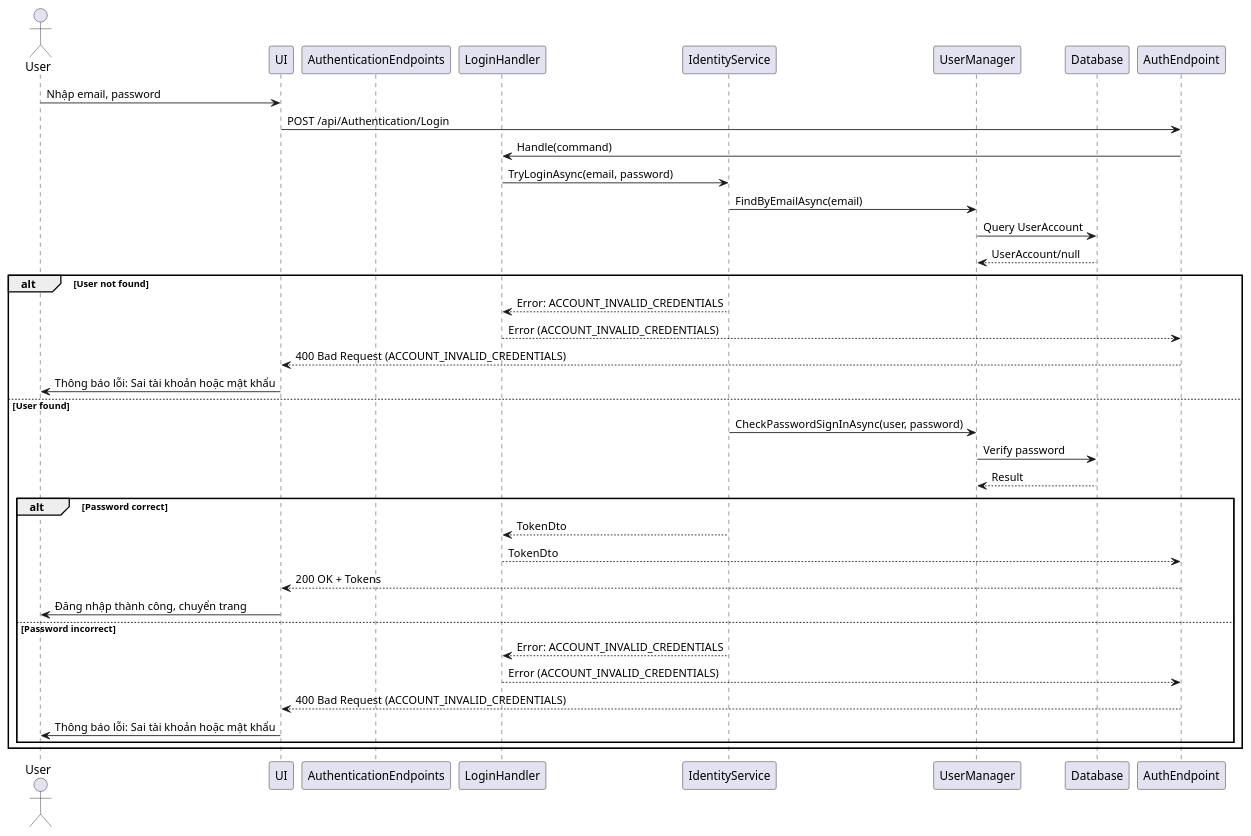
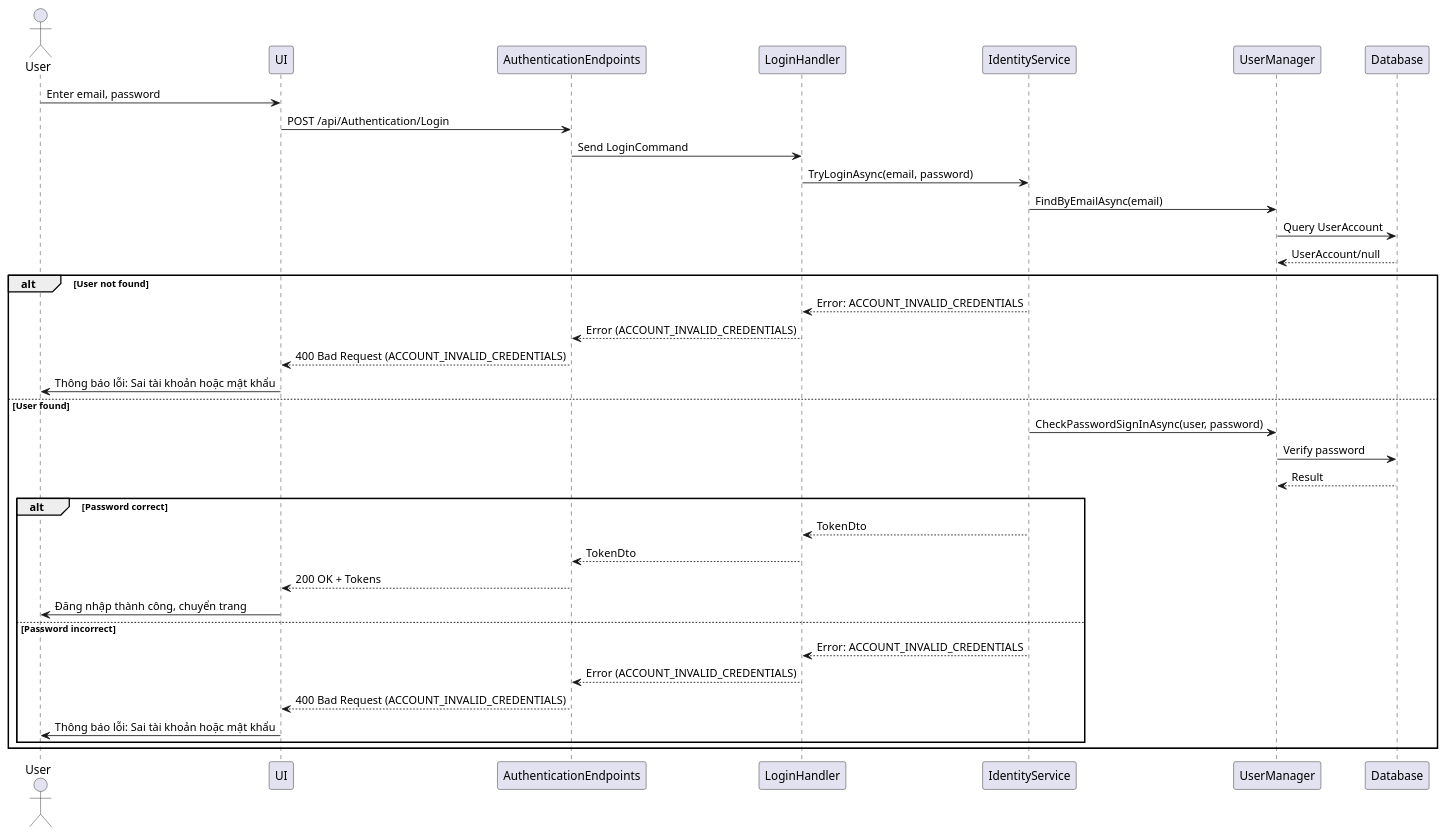
One commit to thanhkhac/SEP_Diagram changed the diagram in authentication/Sequence/02_Login.puml. Above: the diagram before and after it, drawn with PlantUML. The commit also changed 7 other files, not shown here.

First line of the commit message:
Rename AuthEndpoint to AuthenticationEndpoints in diagrams

```diff
--- a/authentication/Sequence/02_Login.puml
+++ b/authentication/Sequence/02_Login.puml
@@ -1,38 +1,38 @@
 @startuml
 actor User
 participant UI
 participant AuthenticationEndpoints
 participant LoginHandler
 participant IdentityService
 participant UserManager
 participant Database
 
-User -> UI : Nhập email, password
-UI -> AuthEndpoint : POST /api/Authentication/Login
-AuthEndpoint -> LoginHandler : Handle(command)
+User -> UI : Enter email, password
+UI -> AuthenticationEndpoints : POST /api/Authentication/Login
+AuthenticationEndpoints -> LoginHandler : Send LoginCommand
 LoginHandler -> IdentityService : TryLoginAsync(email, password)
 IdentityService -> UserManager : FindByEmailAsync(email)
 UserManager -> Database : Query UserAccount
 Database --> UserManager : UserAccount/null
 alt User not found
     IdentityService --> LoginHandler : Error: ACCOUNT_INVALID_CREDENTIALS
-    LoginHandler --> AuthEndpoint : Error (ACCOUNT_INVALID_CREDENTIALS)
-    AuthEndpoint --> UI : 400 Bad Request (ACCOUNT_INVALID_CREDENTIALS)
+    LoginHandler --> AuthenticationEndpoints : Error (ACCOUNT_INVALID_CREDENTIALS)
+    AuthenticationEndpoints --> UI : 400 Bad Request (ACCOUNT_INVALID_CREDENTIALS)
     UI -> User : Thông báo lỗi: Sai tài khoản hoặc mật khẩu
 else User found
     IdentityService -> UserManager : CheckPasswordSignInAsync(user, password)
     UserManager -> Database : Verify password
     Database --> UserManager : Result
     alt Password correct
         IdentityService --> LoginHandler : TokenDto
-        LoginHandler --> AuthEndpoint : TokenDto
-        AuthEndpoint --> UI : 200 OK + Tokens
+        LoginHandler --> AuthenticationEndpoints : TokenDto
+        AuthenticationEndpoints --> UI : 200 OK + Tokens
         UI -> User : Đăng nhập thành công, chuyển trang
     else Password incorrect
         IdentityService --> LoginHandler : Error: ACCOUNT_INVALID_CREDENTIALS
-        LoginHandler --> AuthEndpoint : Error (ACCOUNT_INVALID_CREDENTIALS)
-        AuthEndpoint --> UI : 400 Bad Request (ACCOUNT_INVALID_CREDENTIALS)
+        LoginHandler --> AuthenticationEndpoints : Error (ACCOUNT_INVALID_CREDENTIALS)
+        AuthenticationEndpoints --> UI : 400 Bad Request (ACCOUNT_INVALID_CREDENTIALS)
         UI -> User : Thông báo lỗi: Sai tài khoản hoặc mật khẩu
     end
 end
 @enduml
```
